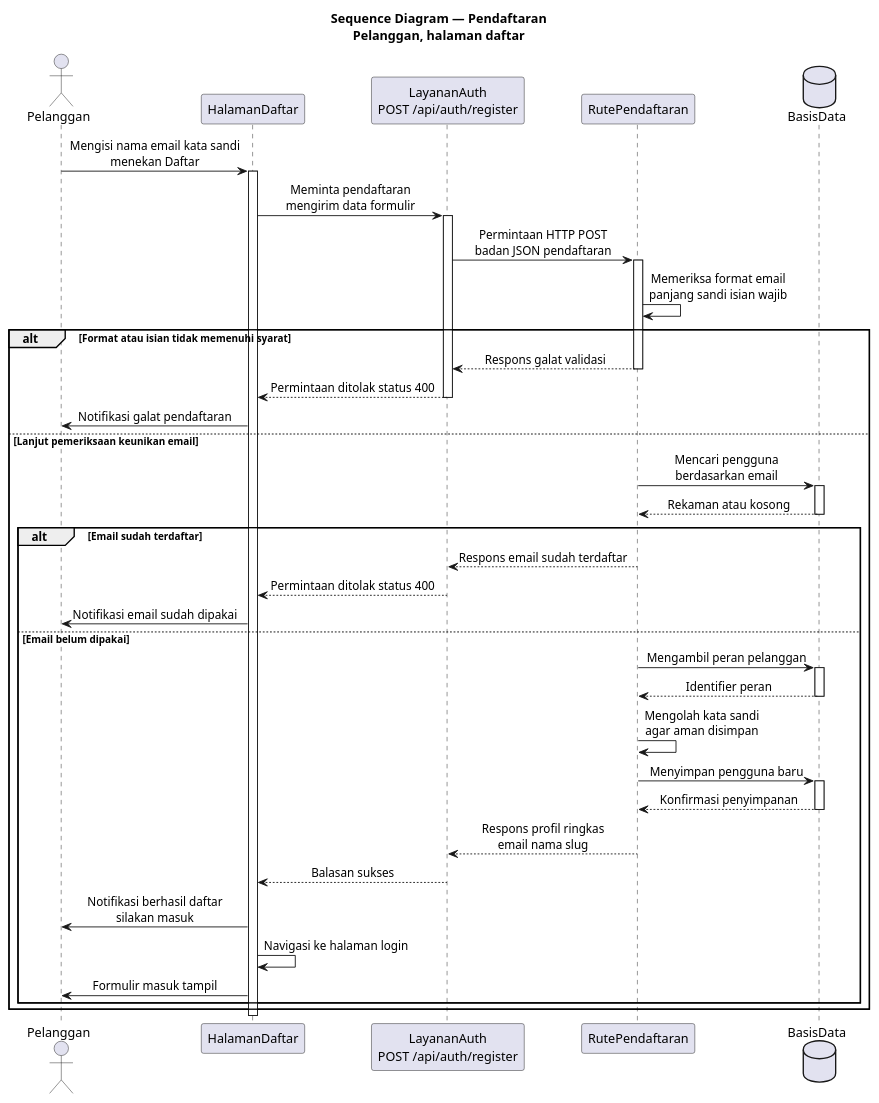
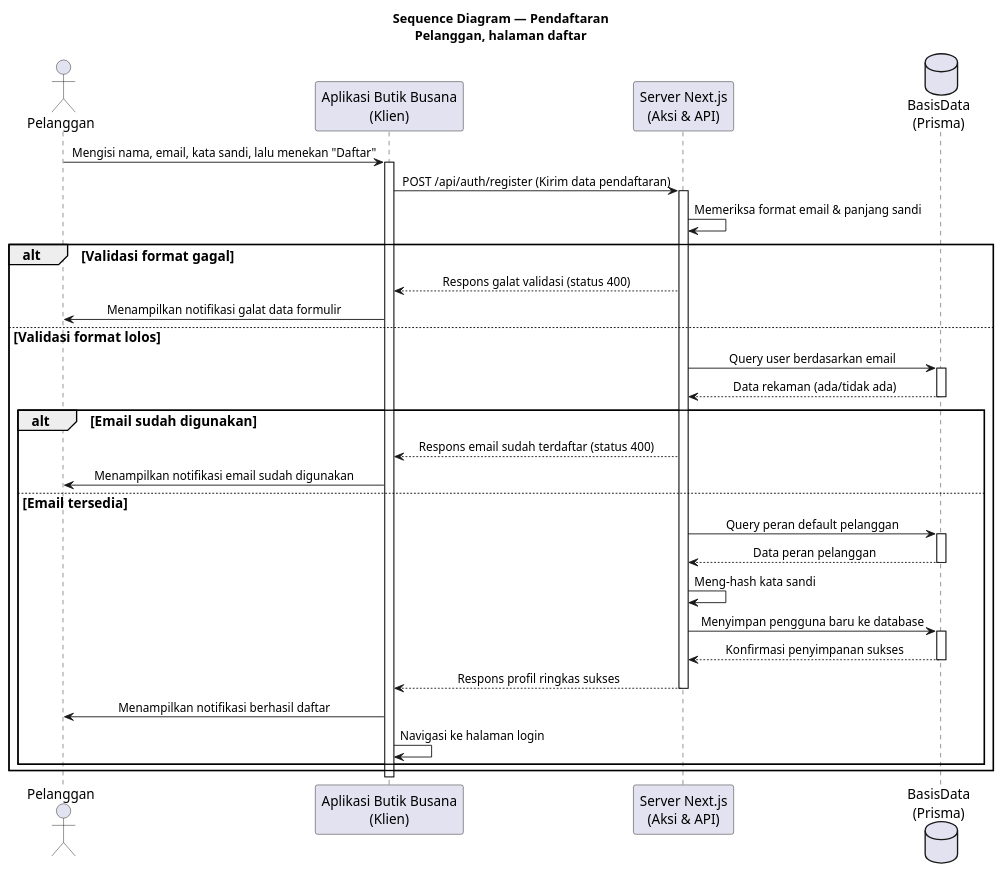
One commit to afridho-ikhsan/butik-busana changed the diagram in diagrams/skripsi-register-sequence.puml. Above: the diagram before and after it, drawn with PlantUML. The commit also changed 36 other files, not shown here.

Commit message:
refactor: remove push notification logic from order cancellation flows and update sequence diagrams with standardized styling

```diff
--- a/diagrams/skripsi-register-sequence.puml
+++ b/diagrams/skripsi-register-sequence.puml
@@ -1,67 +1,60 @@
 @startuml skripsi_register_sequence
 title Sequence Diagram — Pendaftaran\nPelanggan, halaman daftar
 
 skinparam SequenceMessageAlign center
 skinparam responseMessageBelowArrow true
+skinparam ParticipantPadding 15
+skinparam BoxPadding 15
+skinparam DefaultFontSize 15
+skinparam ArrowFontSize 13
+skinparam ParticipantFontSize 15
 
 actor Pelanggan as pengguna
-participant "HalamanDaftar" as ui
-participant "LayananAuth\nPOST /api/auth/register" as svc
-participant "RutePendaftaran" as route
-database "BasisData" as db
+participant "Aplikasi Butik Busana\n(Klien)" as klien
+participant "Server Next.js\n(Aksi & API)" as server
+database "BasisData\n(Prisma)" as db
 
-pengguna -> ui: Mengisi nama email kata sandi\nmenekan Daftar
-activate ui
+pengguna -> klien: Mengisi nama, email, kata sandi, lalu menekan "Daftar"
+activate klien
 
-ui -> svc: Meminta pendaftaran\nmengirim data formulir
-activate svc
+klien -> server: POST /api/auth/register (Kirim data pendaftaran)
+activate server
 
-svc -> route: Permintaan HTTP POST\nbadan JSON pendaftaran
-activate route
+server -> server: Memeriksa format email & panjang sandi
 
-route -> route: Memeriksa format email\npanjang sandi isian wajib
-
-alt Format atau isian tidak memenuhi syarat
-  route --> svc: Respons galat validasi
-  deactivate route
-  svc --> ui: Permintaan ditolak status 400
-  deactivate svc
-  ui -> pengguna: Notifikasi galat pendaftaran
-else Lanjut pemeriksaan keunikan email
-  route -> db: Mencari pengguna\nberdasarkan email
+alt Validasi format gagal
+  server --> klien: Respons galat validasi (status 400)
+  klien -> pengguna: Menampilkan notifikasi galat data formulir
+else Validasi format lolos
+  server -> db: Query user berdasarkan email
   activate db
-  db --> route: Rekaman atau kosong
+  db --> server: Data rekaman (ada/tidak ada)
   deactivate db
 
-  alt Email sudah terdaftar
-    route --> svc: Respons email sudah terdaftar
-    deactivate route
-    svc --> ui: Permintaan ditolak status 400
-    deactivate svc
-    ui -> pengguna: Notifikasi email sudah dipakai
-  else Email belum dipakai
-    route -> db: Mengambil peran pelanggan
+  alt Email sudah digunakan
+    server --> klien: Respons email sudah terdaftar (status 400)
+    klien -> pengguna: Menampilkan notifikasi email sudah digunakan
+  else Email tersedia
+    server -> db: Query peran default pelanggan
     activate db
-    db --> route: Identifier peran
+    db --> server: Data peran pelanggan
     deactivate db
 
-    route -> route: Mengolah kata sandi\nagar aman disimpan
+    server -> server: Meng-hash kata sandi
 
-    route -> db: Menyimpan pengguna baru
+    server -> db: Menyimpan pengguna baru ke database
     activate db
-    db --> route: Konfirmasi penyimpanan
+    db --> server: Konfirmasi penyimpanan sukses
     deactivate db
 
-    route --> svc: Respons profil ringkas\nemail nama slug
-    deactivate route
-    svc --> ui: Balasan sukses
-    deactivate svc
-    ui -> pengguna: Notifikasi berhasil daftar\nsilakan masuk
-    ui -> ui: Navigasi ke halaman login
-    ui -> pengguna: Formulir masuk tampil
+    server --> klien: Respons profil ringkas sukses
+    deactivate server
+
+    klien -> pengguna: Menampilkan notifikasi berhasil daftar
+    klien -> klien: Navigasi ke halaman login
   end
 end
 
-deactivate ui
+deactivate klien
 
 @enduml
```
